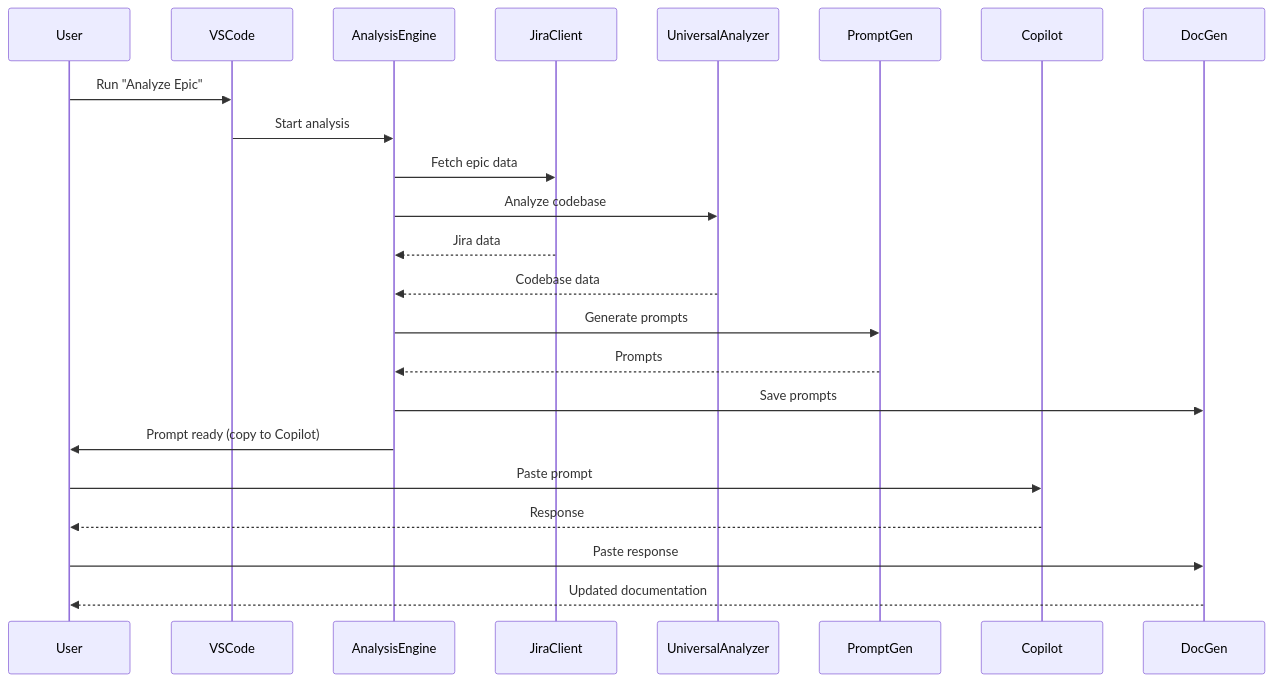
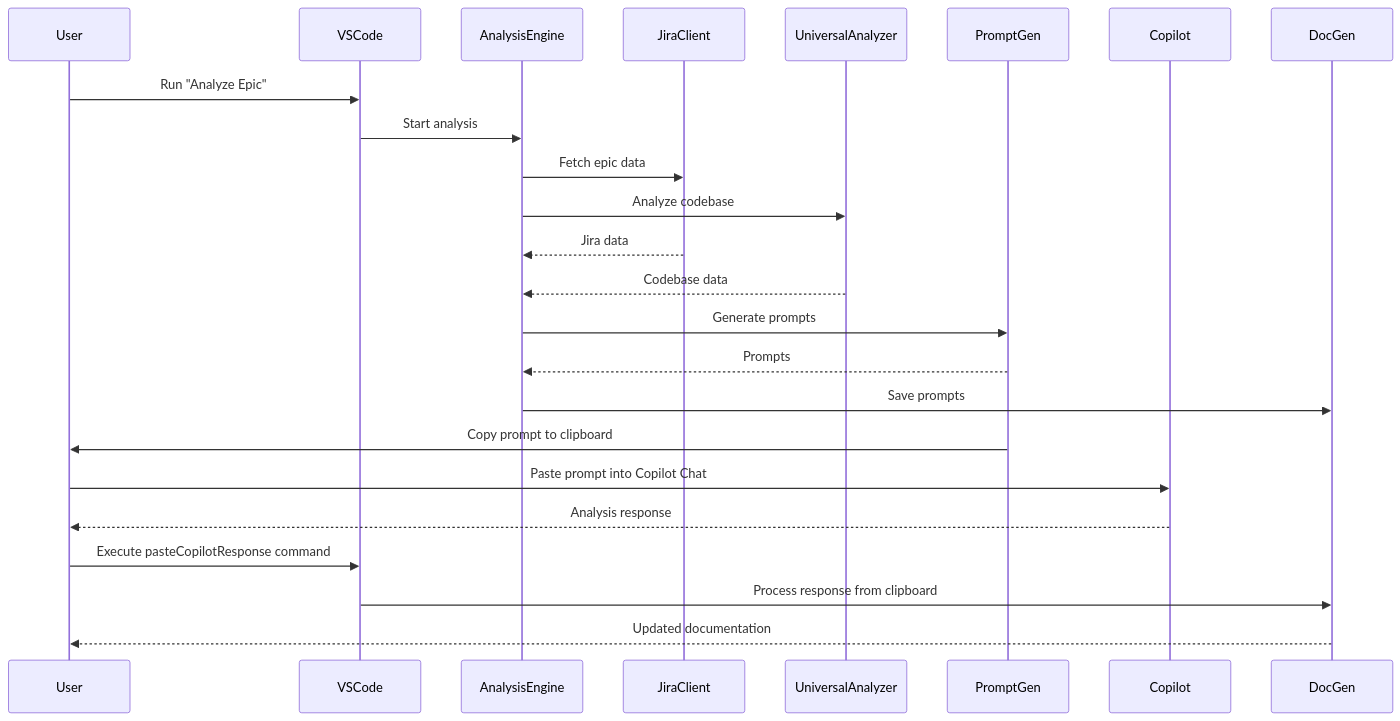
The second of 2 diagrams in docs/PRODUCT_REQUIREMENTS.md (Srinidhi94/Product-Owner-AI-Agent), drawn with Mermaid before and after one commit. The commit also changed other lines of this file and 38 other files, not shown here.

````diff
--- a/docs/PRODUCT_REQUIREMENTS.md
+++ b/docs/PRODUCT_REQUIREMENTS.md
@@ -90,26 +211,27 @@
 ```mermaid
 sequenceDiagram
     participant User
     participant VSCode
     participant AnalysisEngine
     participant JiraClient
     participant UniversalAnalyzer
     participant PromptGen
     participant Copilot
     participant DocGen
 
     User->>VSCode: Run "Analyze Epic"
     VSCode->>AnalysisEngine: Start analysis
     AnalysisEngine->>JiraClient: Fetch epic data
     AnalysisEngine->>UniversalAnalyzer: Analyze codebase
     JiraClient-->>AnalysisEngine: Jira data
     UniversalAnalyzer-->>AnalysisEngine: Codebase data
     AnalysisEngine->>PromptGen: Generate prompts
     PromptGen-->>AnalysisEngine: Prompts
     AnalysisEngine->>DocGen: Save prompts
-    AnalysisEngine->>User: Prompt ready (copy to Copilot)
-    User->>Copilot: Paste prompt
-    Copilot-->>User: Response
-    User->>DocGen: Paste response
+    PromptGen->>User: Copy prompt to clipboard
+    User->>Copilot: Paste prompt into Copilot Chat
+    Copilot-->>User: Analysis response
+    User->>VSCode: Execute pasteCopilotResponse command
+    VSCode->>DocGen: Process response from clipboard
     DocGen-->>User: Updated documentation
 ```
````
